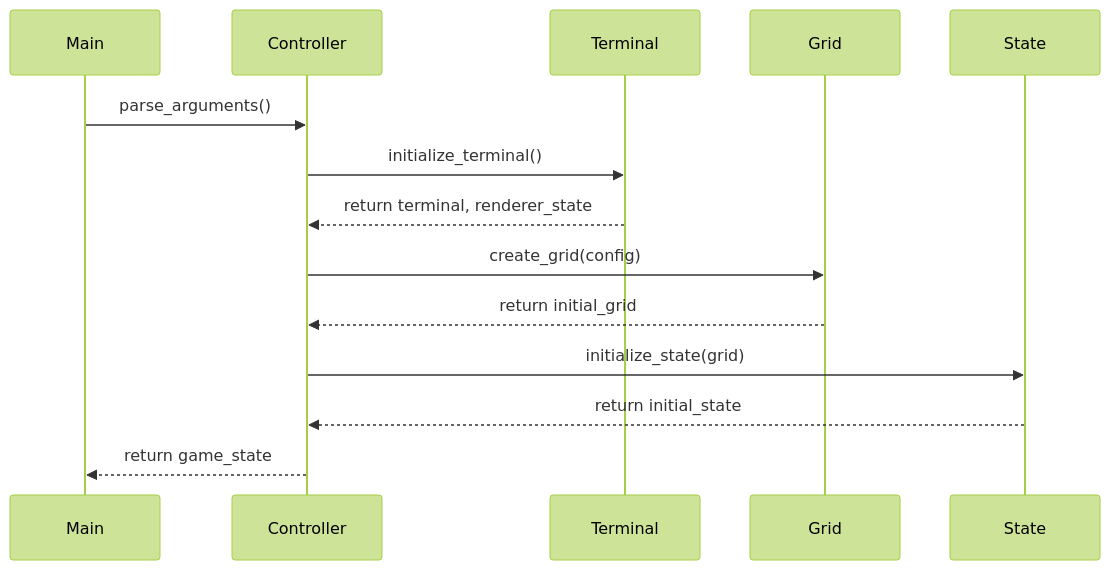
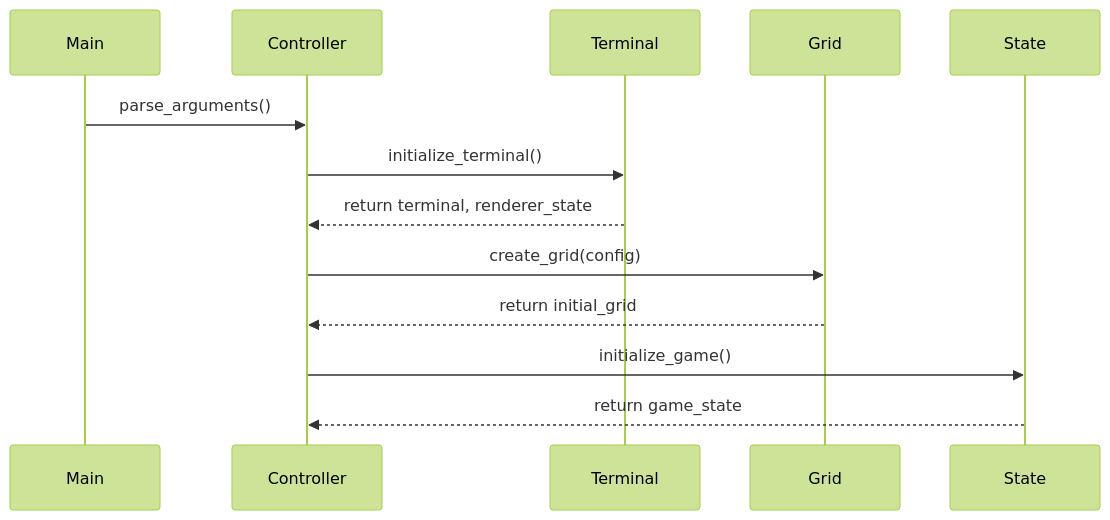
One commit to dewe/py-gol changed the first of 6 diagrams in docs/diagrams.md. Above: the diagram before and after it, drawn with Mermaid (forest theme). The commit also changed other lines of this file and 3 other files, not shown here.

First line of the commit message:
docs(architecture): update documentation to reflect functional implementation

````diff
--- a/docs/diagrams.md
+++ b/docs/diagrams.md
@@ -9,17 +7,16 @@
 ```mermaid
 sequenceDiagram
     participant Main
     participant Controller
     participant Terminal
     participant Grid
     participant State
     
     Main->>Controller: parse_arguments()
     Controller->>Terminal: initialize_terminal()
     Terminal-->>Controller: return terminal, renderer_state
     Controller->>Grid: create_grid(config)
     Grid-->>Controller: return initial_grid
-    Controller->>State: initialize_state(grid)
-    State-->>Controller: return initial_state
-    Controller-->>Main: return game_state
+    Controller->>State: initialize_game()
+    State-->>Controller: return game_state
 ```
````
